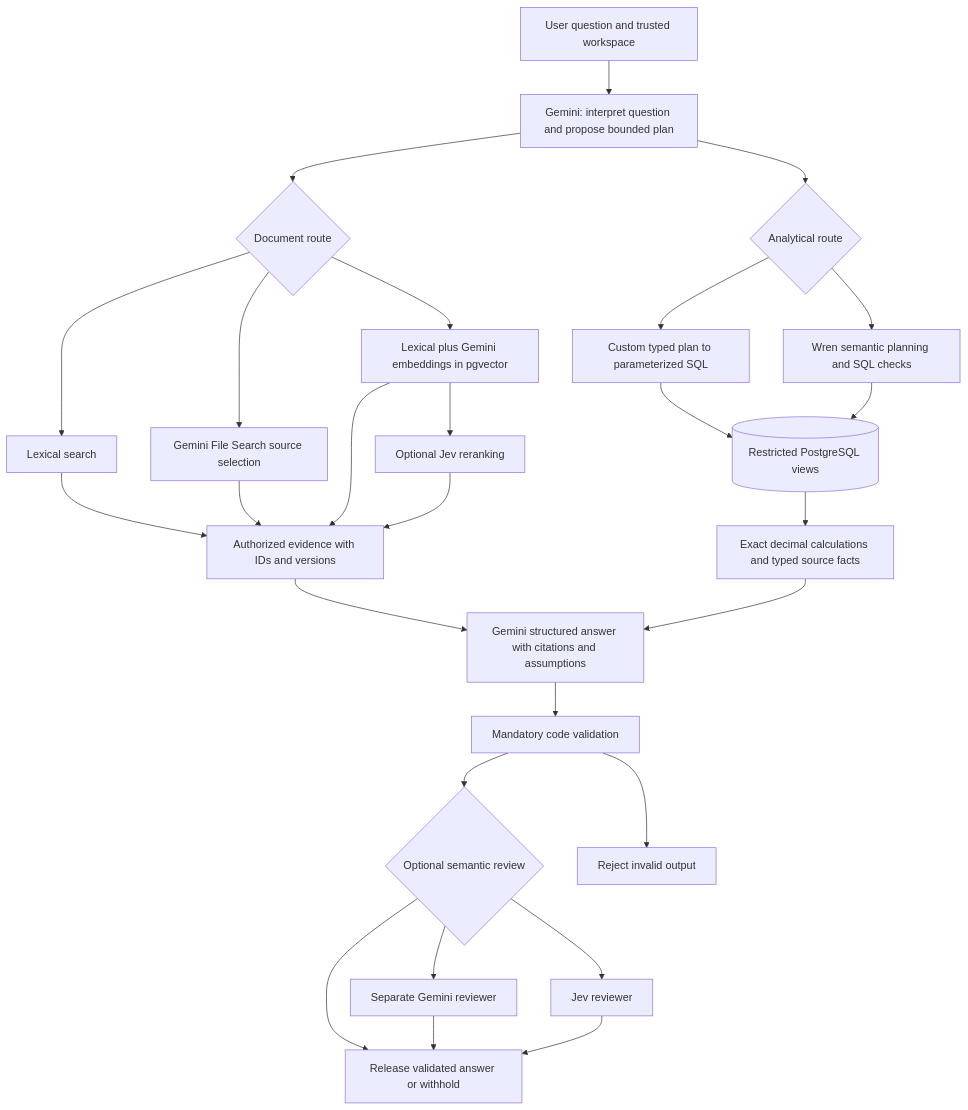
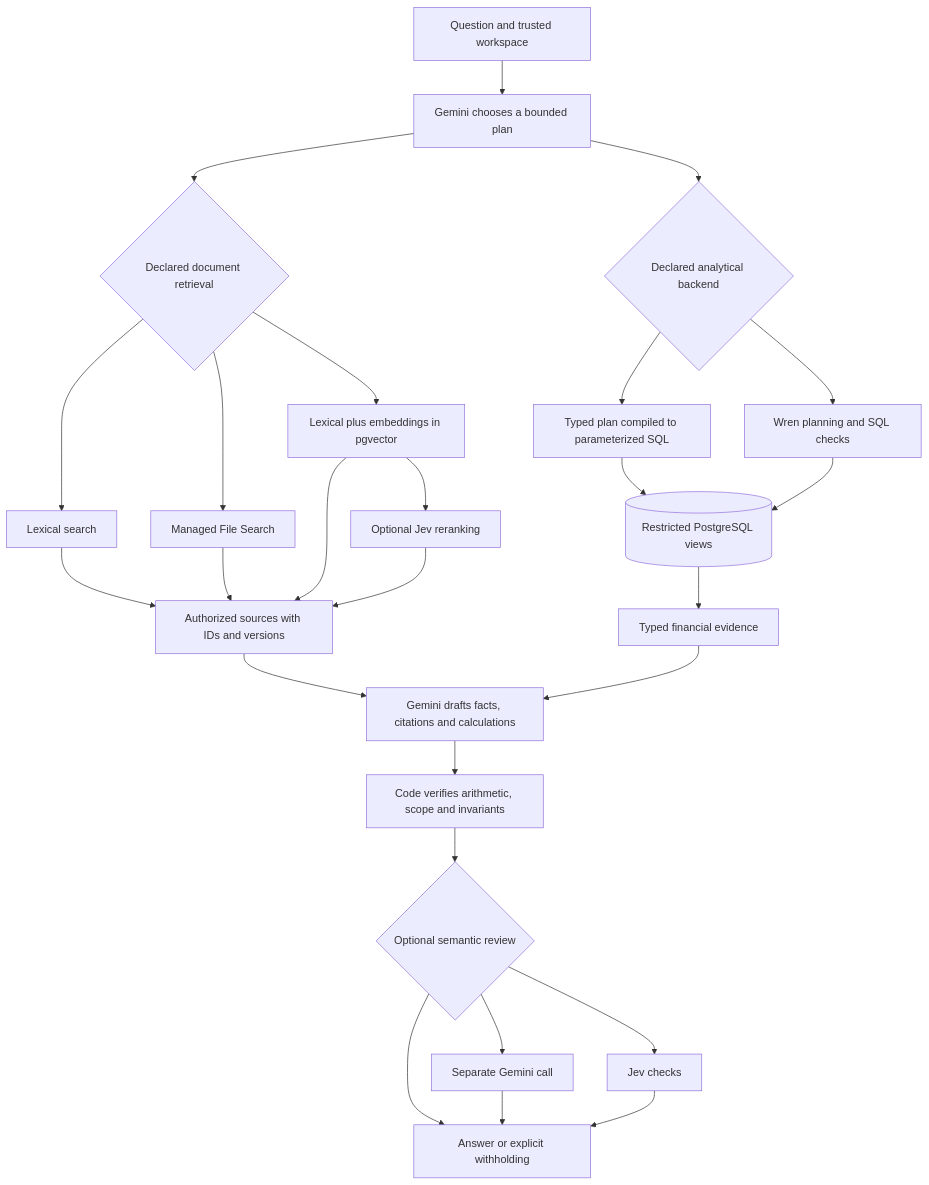
One commit to rayidali/spiich_homework changed the diagram in docs/reports/research-study.md. Above: the diagram before and after it, drawn with Mermaid. The commit also changed other lines of this file and 37 other files, not shown here.

````diff
--- a/docs/reports/research-study.md
+++ b/docs/reports/research-study.md
@@ -70,29 +70,28 @@
 ```mermaid
 flowchart TD
-    U[User question and trusted workspace] --> P[Gemini: interpret question and propose bounded plan]
-    P --> Q{Analytical route}
-    Q --> C[Custom typed plan to parameterized SQL]
-    Q --> W[Wren semantic planning and SQL checks]
+    U[Question and trusted workspace] --> P[Gemini chooses a bounded plan]
+    P --> Q{Declared analytical backend}
+    Q --> C[Typed plan compiled to parameterized SQL]
+    Q --> W[Wren planning and SQL checks]
     C --> DB[(Restricted PostgreSQL views)]
     W --> DB
-    P --> R{Document route}
+    P --> R{Declared document retrieval}
     R --> L[Lexical search]
-    R --> F[Gemini File Search source selection]
-    R --> H[Lexical plus Gemini embeddings in pgvector]
+    R --> F[Managed File Search]
+    R --> H[Lexical plus embeddings in pgvector]
     H --> J[Optional Jev reranking]
-    L --> E[Authorized evidence with IDs and versions]
+    L --> E[Authorized sources with IDs and versions]
     F --> E
     H --> E
     J --> E
-    DB --> CALC[Exact decimal calculations and typed source facts]
-    E --> A[Gemini structured answer with citations and assumptions]
-    CALC --> A
-    A --> V[Mandatory code validation]
-    V --> PASS{Optional semantic review}
-    PASS --> G[Separate Gemini reviewer]
-    PASS --> JV[Jev reviewer]
-    PASS --> OUT[Release validated answer or withhold]
-    G --> OUT
-    JV --> OUT
-    V --> BLOCK[Reject invalid output]
+    DB --> T[Typed financial evidence]
+    E --> A[Gemini drafts facts, citations and calculations]
+    T --> A
+    A --> V[Code verifies arithmetic, scope and invariants]
+    V --> S{Optional semantic review}
+    S --> G[Separate Gemini call]
+    S --> JV[Jev checks]
+    S --> O[Answer or explicit withholding]
+    G --> O
+    JV --> O
 ```
````
